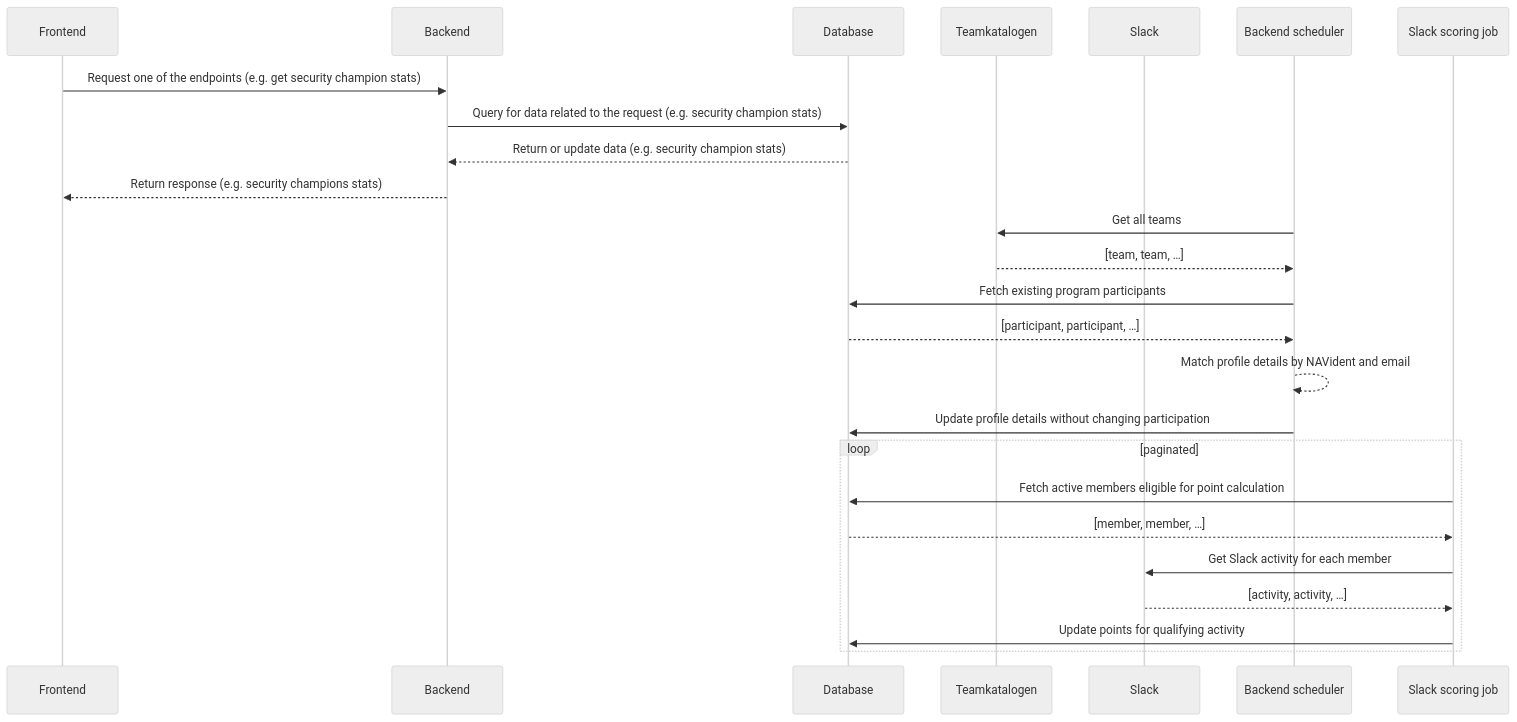
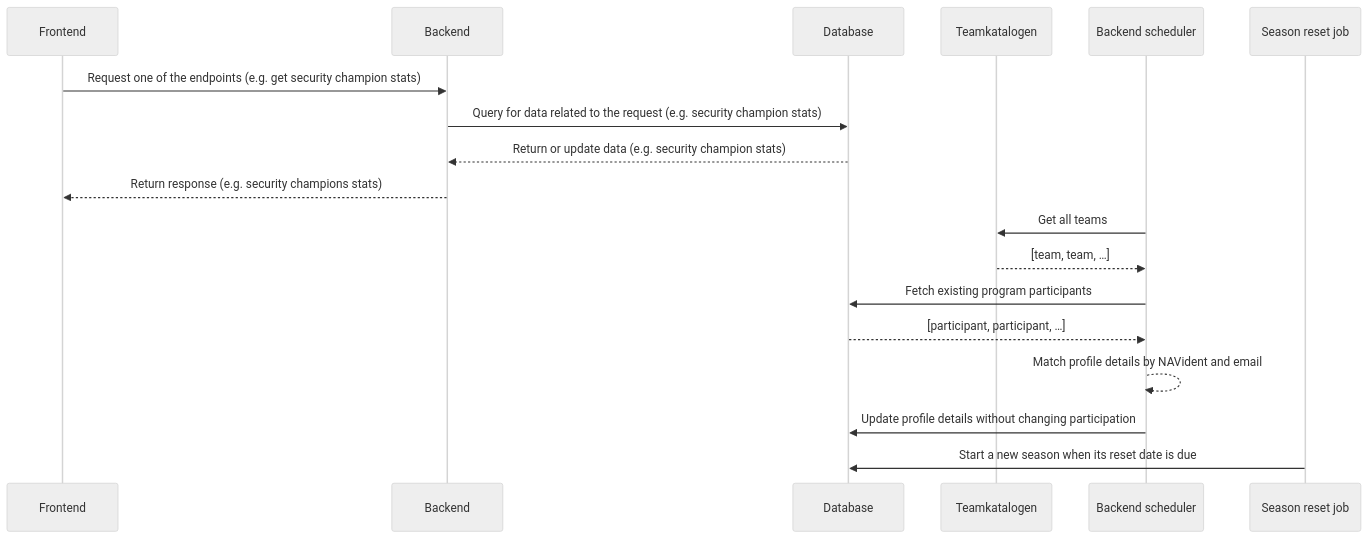
Before and after one commit to navikt/security-champion-stats: the diagram in apps/backend/Readme.md, drawn with Mermaid (neutral theme). The commit also changed other lines of this file and 42 other files, not shown here.

Commit message:
feat(scoring): add season-aware credits and corrections (#84)

````diff
--- a/apps/backend/Readme.md
+++ b/apps/backend/Readme.md
@@ -14,29 +17,22 @@
 ```mermaid
 sequenceDiagram
     participant FE as Frontend
     participant BE as Backend
     participant DB as Database
     participant TK as Teamkatalogen
-    participant Slack as Slack
     participant BES as Backend scheduler
-    participant Scoring as Slack scoring job
+    participant Season as Season reset job
 
     FE->>BE: Request one of the endpoints (e.g. get security champion stats)
     BE->>DB: Query for data related to the request (e.g. security champion stats)
     DB-->>BE: Return or update data (e.g. security champion stats)
     BE-->>FE: Return response (e.g. security champions stats)
     
     BES->>TK: Get all teams
     TK-->>BES: [team, team, …]
     BES->>DB: Fetch existing program participants
     DB-->>BES: [participant, participant, …]
     BES-->>BES: Match profile details by NAVident and email
     BES->>DB: Update profile details without changing participation
-    loop paginated
-        Scoring->>DB: Fetch active members eligible for point calculation
-        DB-->>Scoring: [member, member, …]
-        Scoring->>Slack: Get Slack activity for each member
-        Slack-->>Scoring: [activity, activity, …]
-        Scoring->>DB: Update points for qualifying activity
-    end    
+    Season->>DB: Start a new season when its reset date is due
 ```
````
